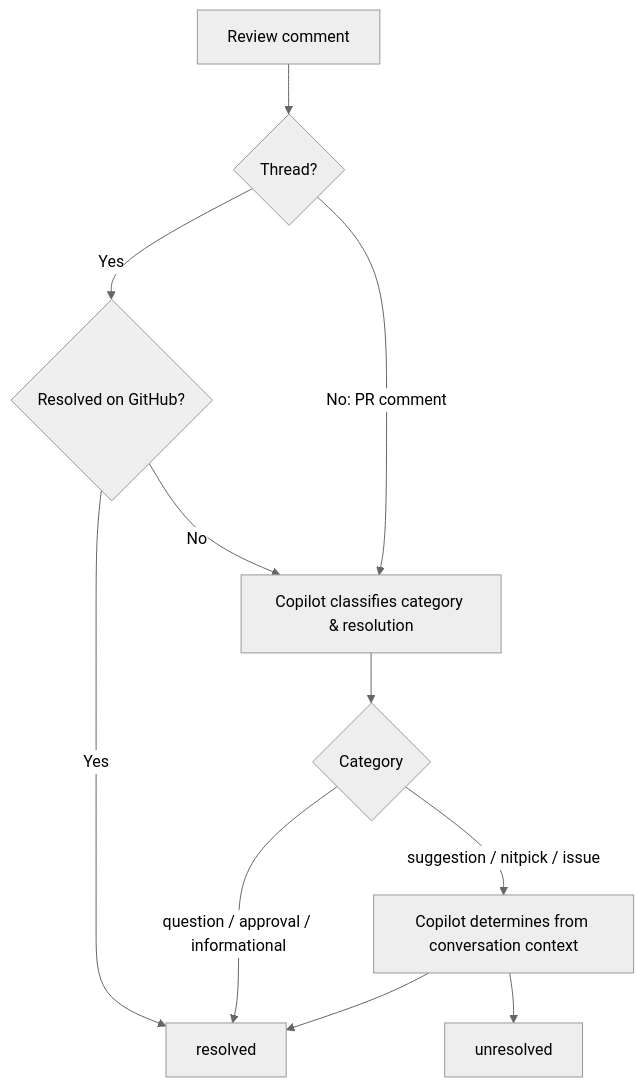
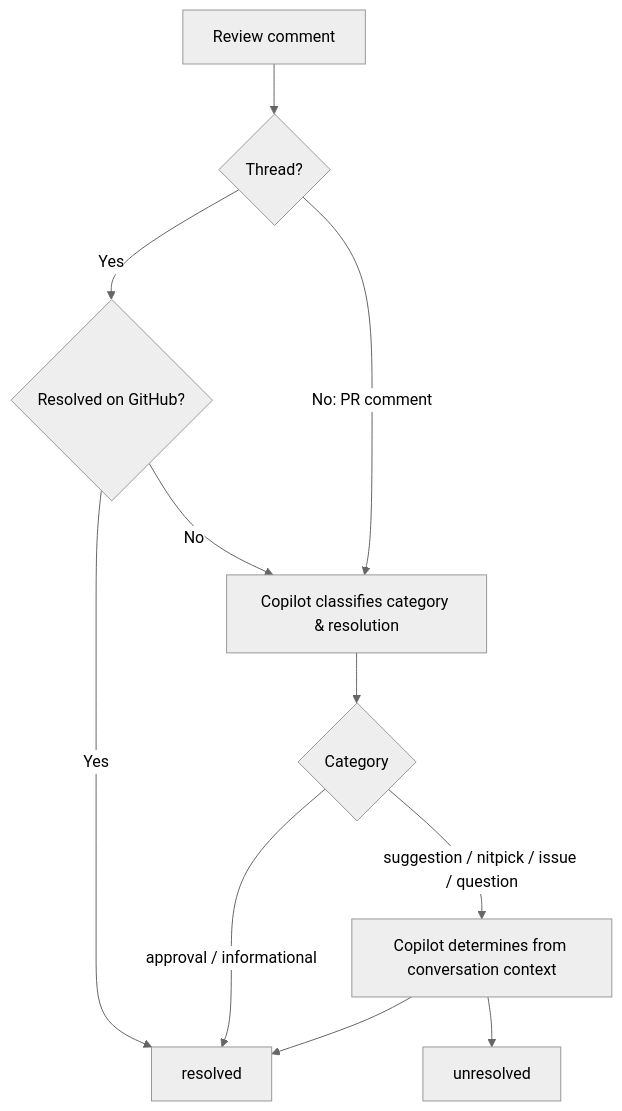
Before and after one commit to k1LoW/gh-pr-reviews: the diagram in README.md, drawn with Mermaid (neutral theme). The commit also changed other lines of this file, not shown here.

Commit message:
docs: fix question category description in README to match actual behavior

````diff
--- a/README.md
+++ b/README.md
@@ -103,13 +103,13 @@
 ```mermaid
 flowchart TD
     A[Review comment] --> B{Thread?}
     B -->|Yes| C{Resolved on GitHub?}
     B -->|No: PR comment| D
     C -->|Yes| R[resolved]
     C -->|No| D[Copilot classifies category & resolution]
     D --> E{Category}
-    E -->|question / approval / informational| R
-    E -->|suggestion / nitpick / issue| F[Copilot determines from conversation context]
+    E -->|approval / informational| R
+    E -->|suggestion / nitpick / issue / question| F[Copilot determines from conversation context]
     F --> R
     F --> U[unresolved]
 ```
````
